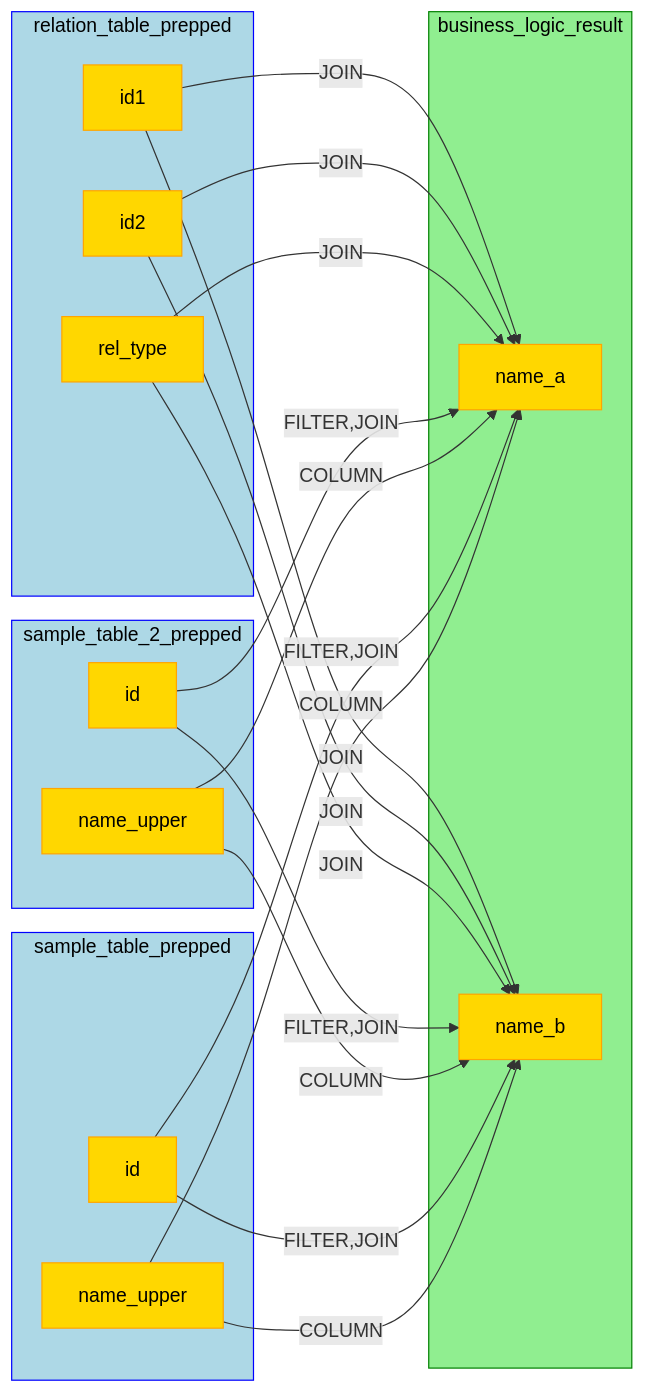
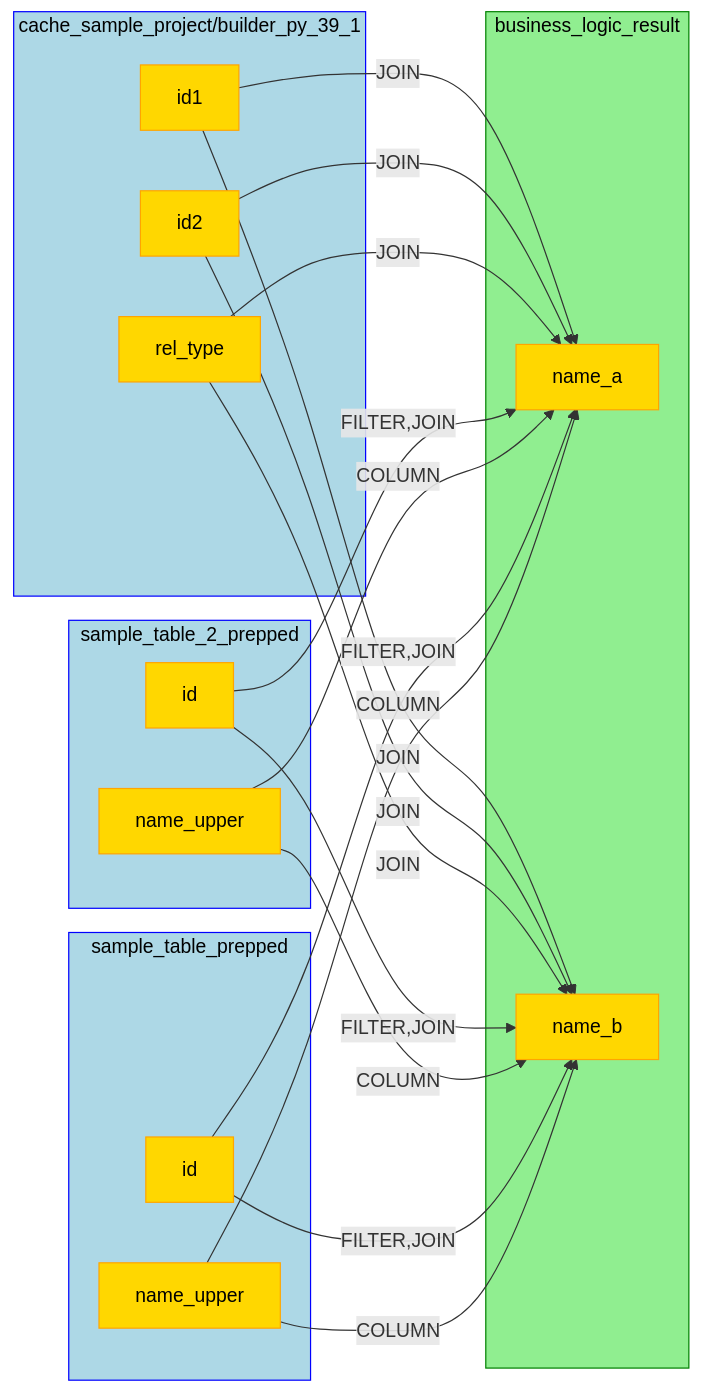
The diagram in sample_project/run/lineage/intermediate/business_logic_result.mmd (NielkNetraam/explainalyzed), drawn with Mermaid before and after one commit. The commit also changed 10 other files, not shown here.

```diff
--- a/sample_project/run/lineage/intermediate/business_logic_result.mmd
+++ b/sample_project/run/lineage/intermediate/business_logic_result.mmd
@@ -1,47 +1,47 @@
 flowchart LR
     classDef SOURCE stroke:Blue,fill:LightBlue,color:black
     classDef TARGET stroke:Green,fill:LightGreen,color:black
     classDef INTERMEDIATE stroke:DarkOrange,fill:Orange,color:black
     classDef INTERNAL stroke:Purple,fill:Violet,color:black
     classDef FIELD stroke:Orange,fill:Gold,color:black
 
-    relation_table_prepped:::SOURCE
+    cache_sample_project/builder_py_39_1:::SOURCE
     sample_table_2_prepped:::SOURCE
     sample_table_prepped:::SOURCE
     business_logic_result:::TARGET
 
-    subgraph relation_table_prepped
-        relation_table_prepped.id1[id1]:::FIELD
-        relation_table_prepped.id2[id2]:::FIELD
-        relation_table_prepped.rel_type[rel_type]:::FIELD
+    subgraph cache_sample_project/builder_py_39_1
+        cache_sample_project/builder_py_39_1.id1[id1]:::FIELD
+        cache_sample_project/builder_py_39_1.id2[id2]:::FIELD
+        cache_sample_project/builder_py_39_1.rel_type[rel_type]:::FIELD
     end
 
     subgraph sample_table_2_prepped
         sample_table_2_prepped.id[id]:::FIELD
         sample_table_2_prepped.name_upper[name_upper]:::FIELD
     end
 
     subgraph sample_table_prepped
         sample_table_prepped.id[id]:::FIELD
         sample_table_prepped.name_upper[name_upper]:::FIELD
     end
 
     subgraph business_logic_result
         business_logic_result.name_a[name_a]:::FIELD
         business_logic_result.name_b[name_b]:::FIELD
     end
 
-    relation_table_prepped.id1 -- JOIN --> business_logic_result.name_a
-    relation_table_prepped.id1 -- JOIN --> business_logic_result.name_b
-    relation_table_prepped.id2 -- JOIN --> business_logic_result.name_a
-    relation_table_prepped.id2 -- JOIN --> business_logic_result.name_b
-    relation_table_prepped.rel_type -- JOIN --> business_logic_result.name_a
-    relation_table_prepped.rel_type -- JOIN --> business_logic_result.name_b
+    cache_sample_project/builder_py_39_1.id1 -- JOIN --> business_logic_result.name_a
+    cache_sample_project/builder_py_39_1.id1 -- JOIN --> business_logic_result.name_b
+    cache_sample_project/builder_py_39_1.id2 -- JOIN --> business_logic_result.name_a
+    cache_sample_project/builder_py_39_1.id2 -- JOIN --> business_logic_result.name_b
+    cache_sample_project/builder_py_39_1.rel_type -- JOIN --> business_logic_result.name_a
+    cache_sample_project/builder_py_39_1.rel_type -- JOIN --> business_logic_result.name_b
     sample_table_2_prepped.id -- FILTER,JOIN --> business_logic_result.name_a
     sample_table_2_prepped.id -- FILTER,JOIN --> business_logic_result.name_b
     sample_table_2_prepped.name_upper -- COLUMN --> business_logic_result.name_a
     sample_table_2_prepped.name_upper -- COLUMN --> business_logic_result.name_b
     sample_table_prepped.id -- FILTER,JOIN --> business_logic_result.name_a
     sample_table_prepped.id -- FILTER,JOIN --> business_logic_result.name_b
     sample_table_prepped.name_upper -- COLUMN --> business_logic_result.name_a
     sample_table_prepped.name_upper -- COLUMN --> business_logic_result.name_b
```
